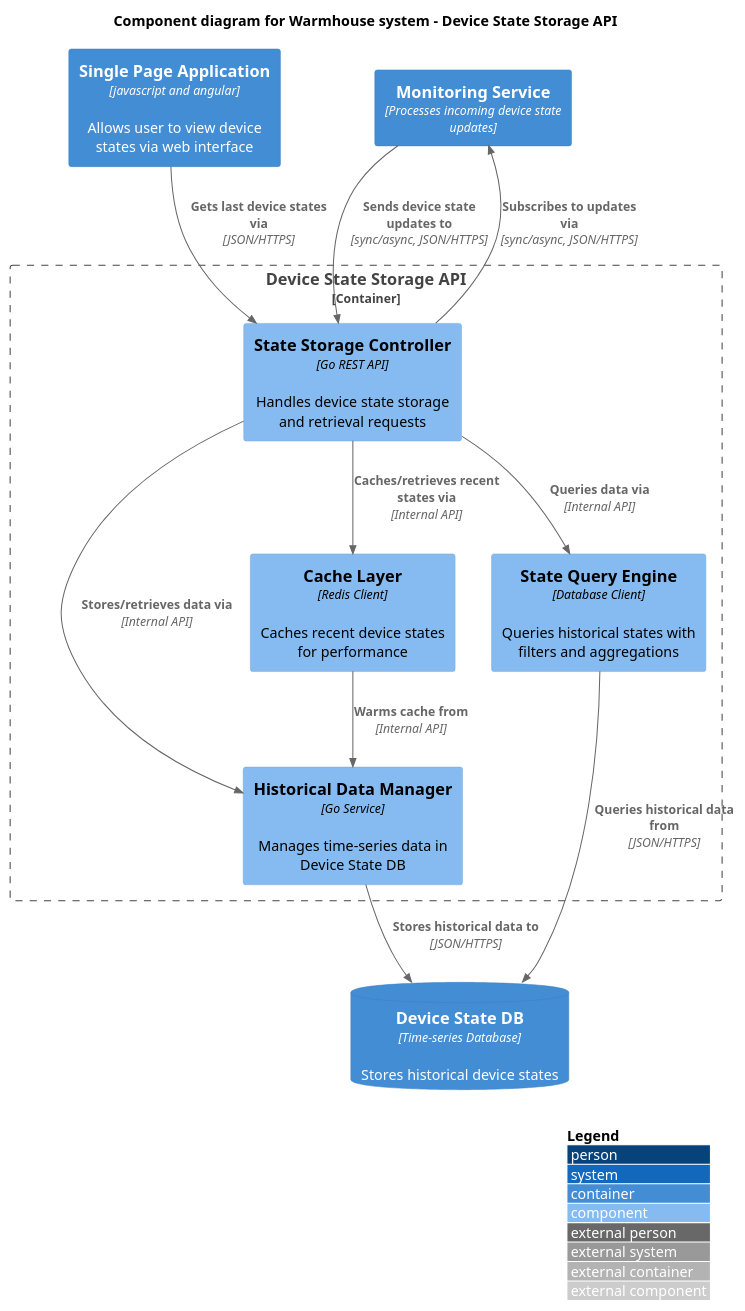
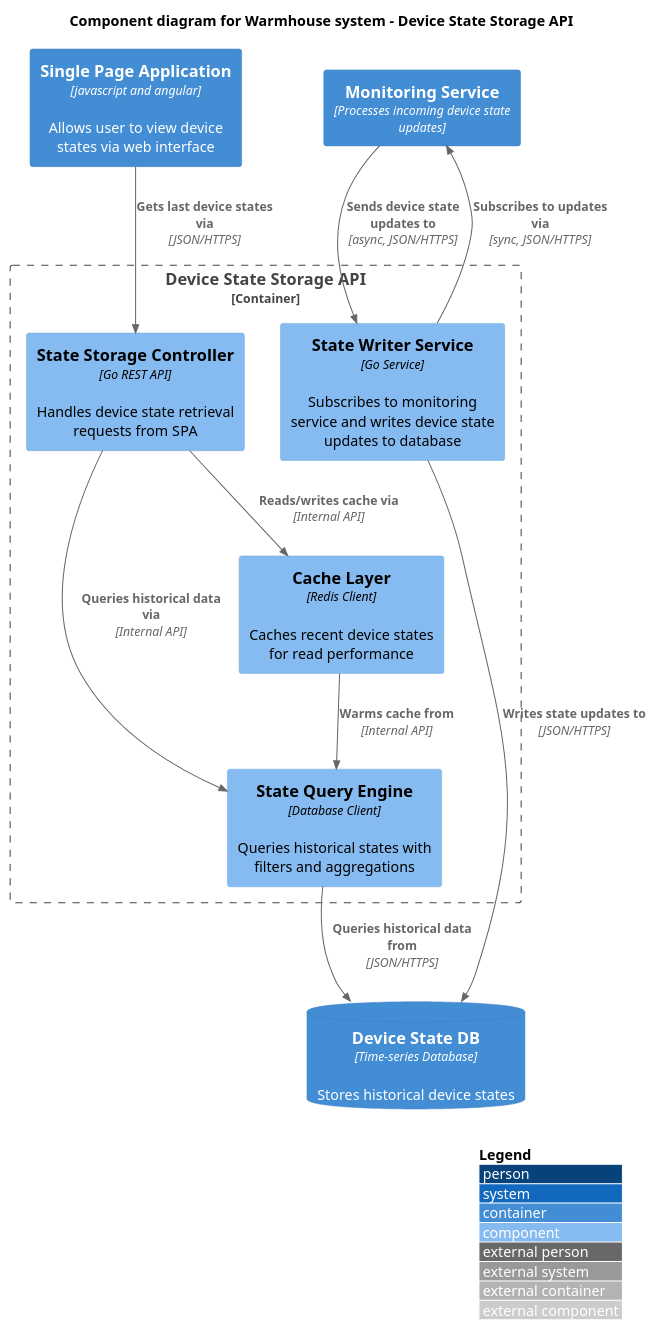
The diagram in diagrams/component/device_state_storage_api.puml (regu1yar/p1-architecture-warmhouse), drawn with PlantUML before and after one commit. The commit also changed 7 other files, not shown here.

Commit message:
Refine component diagrams

```diff
--- a/diagrams/component/device_state_storage_api.puml
+++ b/diagrams/component/device_state_storage_api.puml
@@ -1,32 +1,31 @@
 @startuml
 ' !include https://raw.githubusercontent.com/plantuml-stdlib/C4-PlantUML/master/C4_Component.puml
 ' uncomment the following line and comment the first to use locally
 !include ./C4_Component.puml
 
 LAYOUT_WITH_LEGEND()
 
 title Component diagram for Warmhouse system - Device State Storage API
 
 Container(spa, "Single Page Application", "javascript and angular", "Allows user to view device states via web interface")
 ContainerDb(device_state_db, "Device State DB", "Time-series Database", "Stores historical device states")
 Container(monitoring_service, "Monitoring Service", "Processes incoming device state updates")
 
 Container_Boundary(device_state_storage_api, "Device State Storage API") {
-    Component(state_storage_controller, "State Storage Controller", "Go REST API", "Handles device state storage and retrieval requests")
-    Component(historical_data_manager, "Historical Data Manager", "Go Service", "Manages time-series data in Device State DB")
+    Component(state_storage_controller, "State Storage Controller", "Go REST API", "Handles device state retrieval requests from SPA")
+    Component(state_writer_service, "State Writer Service", "Go Service", "Subscribes to monitoring service and writes device state updates to database")
     Component(state_query_engine, "State Query Engine", "Database Client", "Queries historical states with filters and aggregations")
-    Component(cache_layer, "Cache Layer", "Redis Client", "Caches recent device states for performance")
+    Component(cache_layer, "Cache Layer", "Redis Client", "Caches recent device states for read performance")
 
-    Rel(state_storage_controller, historical_data_manager, "Stores/retrieves data via", "Internal API")
-    Rel(historical_data_manager, device_state_db, "Stores historical data to", "JSON/HTTPS")
-    Rel(state_storage_controller, state_query_engine, "Queries data via", "Internal API")
+    Rel(state_storage_controller, state_query_engine, "Queries historical data via", "Internal API")
+    Rel(state_storage_controller, cache_layer, "Reads/writes cache via", "Internal API")
+    Rel(state_writer_service, device_state_db, "Writes state updates to", "JSON/HTTPS")
     Rel(state_query_engine, device_state_db, "Queries historical data from", "JSON/HTTPS")
-    Rel(state_storage_controller, cache_layer, "Caches/retrieves recent states via", "Internal API")
-    Rel(cache_layer, historical_data_manager, "Warms cache from", "Internal API")
+    Rel(cache_layer, state_query_engine, "Warms cache from", "Internal API")
 }
 
 Rel(spa, state_storage_controller, "Gets last device states via", "JSON/HTTPS")
-Rel(monitoring_service, state_storage_controller, "Sends device state updates to", "sync/async, JSON/HTTPS")
-Rel(state_storage_controller, monitoring_service, "Subscribes to updates via", "sync/async, JSON/HTTPS")
+Rel(state_writer_service, monitoring_service, "Subscribes to updates via", "sync, JSON/HTTPS")
+Rel(monitoring_service, state_writer_service, "Sends device state updates to", "async, JSON/HTTPS")
 
 @enduml
```
